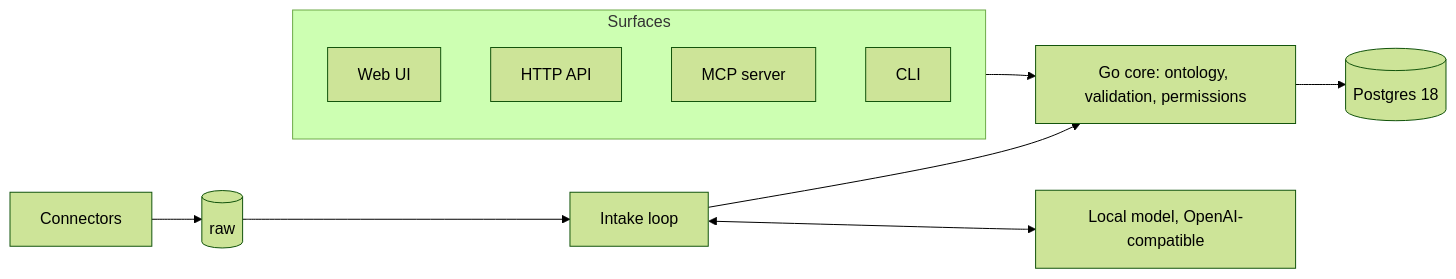
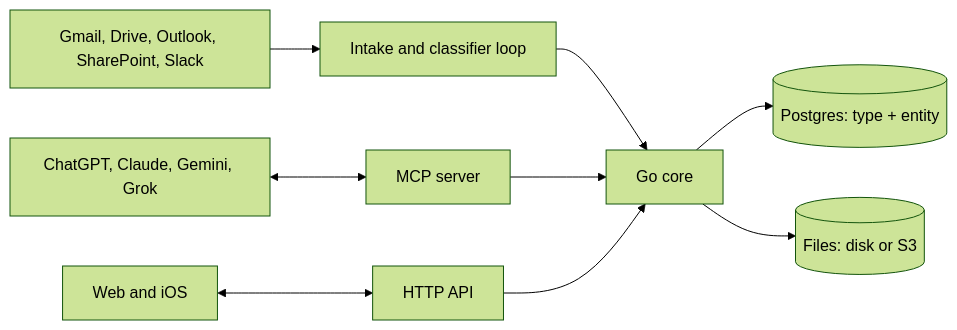
Before and after one commit to Mulholland-Inc/archive: the diagram in docs/adr/0001-architecture.md, drawn with Mermaid (forest theme). The commit also changed other lines of this file and 167 other files, not shown here.

Commit message:
Shrink Archive to the simplified ADR and drop the web and iOS apps

````diff
--- a/docs/adr/0001-architecture.md
+++ b/docs/adr/0001-architecture.md
@@ -16,11 +11,9 @@
 ```mermaid
 flowchart LR
-  subgraph Surfaces
-    UI[Web UI] & API[HTTP API] & MCP[MCP server] & CLI[CLI]
-  end
-  Surfaces --> Core[Go core: ontology, validation, permissions]
-  Connectors[Connectors] --> Raw[(raw)]
-  Raw --> Intake[Intake loop] --> Core
-  Intake <--> LLM[Local model, OpenAI-compatible]
-  Core --> PG[(Postgres 18)]
+  Connectors[Gmail, Drive, Outlook, SharePoint, Slack] --> Intake[Intake and classifier loop]
+  Intake --> Core[Go core]
+  Apps[ChatGPT, Claude, Gemini, Grok] <--> MCP[MCP server] --> Core
+  Clients[Web and iOS] <--> API[HTTP API] --> Core
+  Core --> PG[(Postgres: type + entity)]
+  Core --> Files[(Files: disk or S3)]
 ```
````
